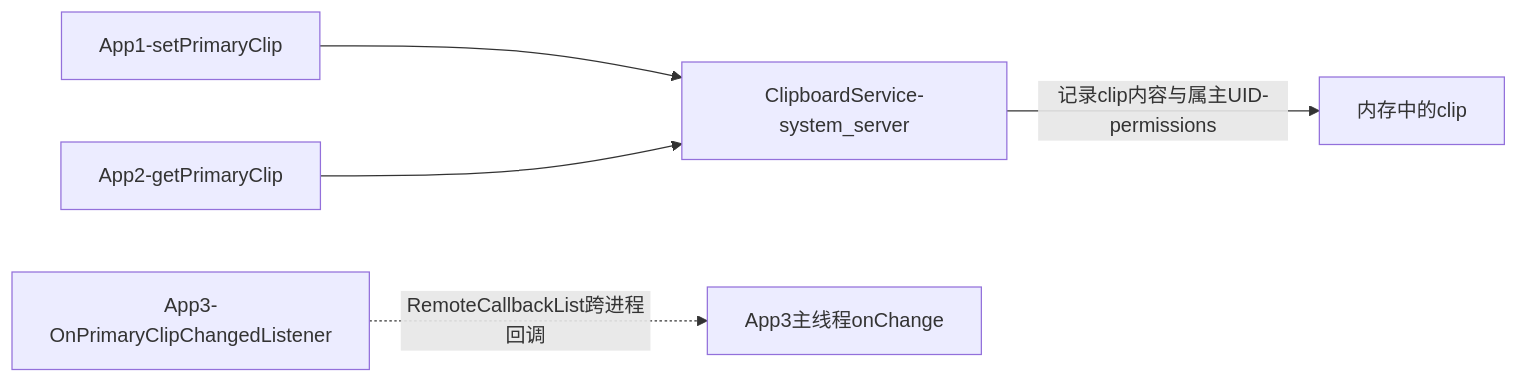
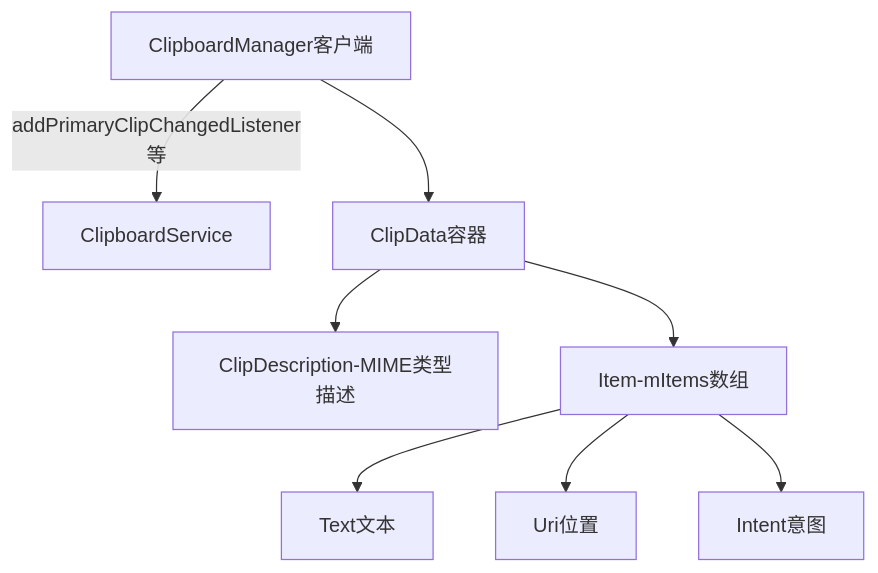
One commit to coswit/coswit.github.io changed the second of 2 diagrams in Android/深入理解Android卷II/02-深入理解SystemServer.md. Above: the diagram before and after it, drawn with Mermaid. The commit also changed other lines of this file and 7 other files, not shown here.

````diff
--- a/Android/深入理解Android卷II/02-深入理解SystemServer.md
+++ b/Android/深入理解Android卷II/02-深入理解SystemServer.md
@@ -162,7 +517,10 @@
 ```mermaid
-graph LR
-    A[App1-setPrimaryClip] --> C[ClipboardService-system_server]
-    C -->|记录clip内容与属主UID-permissions| D[内存中的clip]
-    B[App2-getPrimaryClip] --> C
-    E[App3-OnPrimaryClipChangedListener] -.->|RemoteCallbackList跨进程回调| F[App3主线程onChange]
+graph TD
+    A[ClipboardManager客户端] -->|addPrimaryClipChangedListener等| B[ClipboardService]
+    A --> C[ClipData容器]
+    C --> D[ClipDescription-MIME类型描述]
+    C --> E[Item-mItems数组]
+    E --> F[Text文本]
+    E --> G[Uri位置]
+    E --> H[Intent意图]
 ```
````
